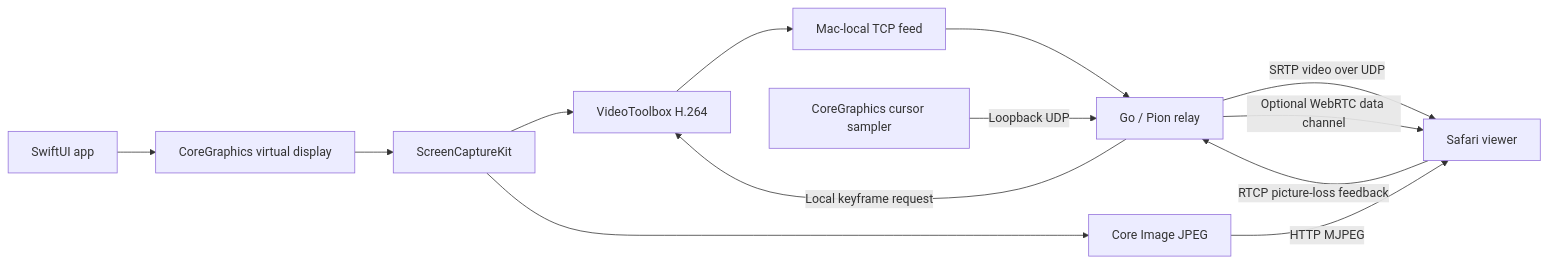
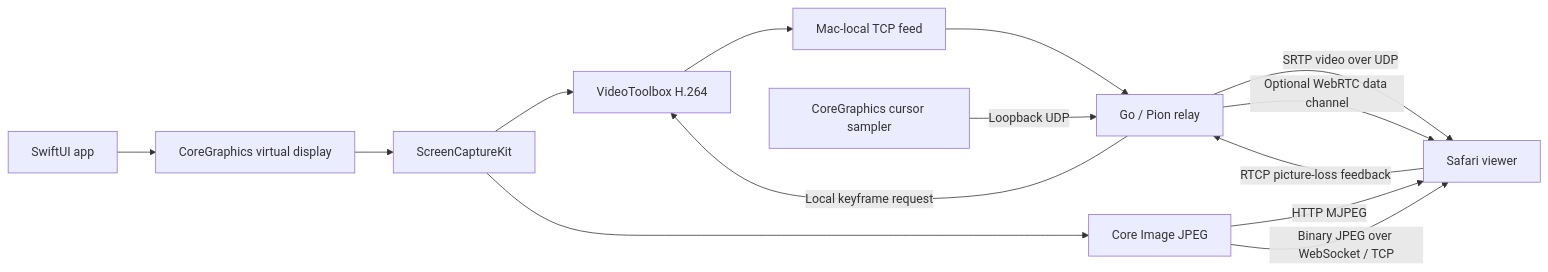
Before and after one commit to GustavoMMello01/Extnd: the diagram in ARCHITECTURE.md, drawn with Mermaid. The commit also changed other lines of this file and 7 other files, not shown here.

Commit message:
Add WebSocket JPEG streaming and document transport tradeoffs

````diff
--- a/ARCHITECTURE.md
+++ b/ARCHITECTURE.md
@@ -11,15 +11,16 @@
 ```mermaid
 flowchart LR
     UI["SwiftUI app"] --> Display["CoreGraphics virtual display"]
     Display --> Capture["ScreenCaptureKit"]
     Capture --> VT["VideoToolbox H.264"]
     VT --> Feed["Mac-local TCP feed"]
     Feed --> Relay["Go / Pion relay"]
     Relay -->|"SRTP video over UDP"| Safari["Safari viewer"]
     Safari -->|"RTCP picture-loss feedback"| Relay
     Relay -->|"Local keyframe request"| VT
     Capture --> JPEG["Core Image JPEG"]
     JPEG -->|"HTTP MJPEG"| Safari
+    JPEG -->|"Binary JPEG over WebSocket / TCP"| Safari
     Mouse["CoreGraphics cursor sampler"] -->|"Loopback UDP"| Relay
     Relay -->|"Optional WebRTC data channel"| Safari
 ```
````
